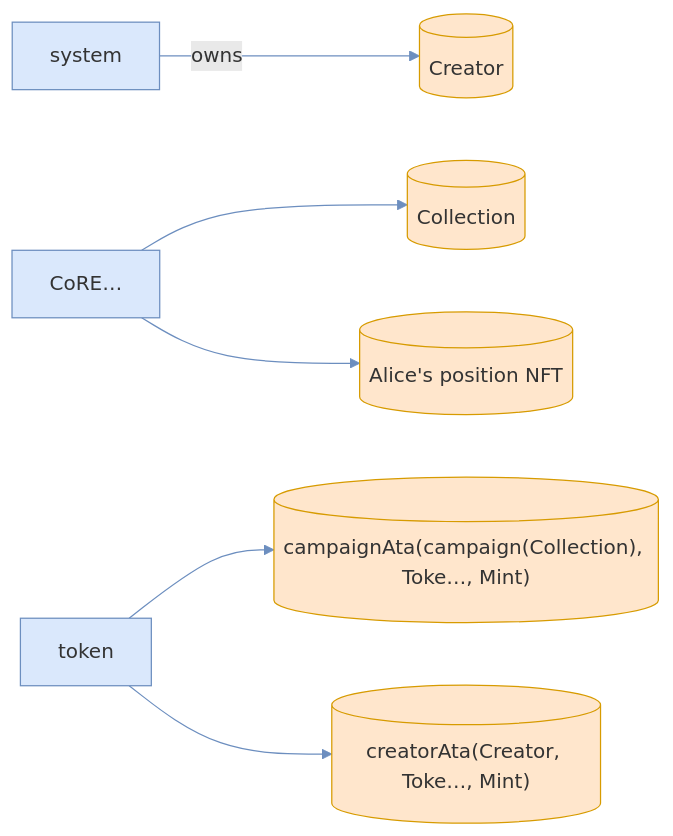
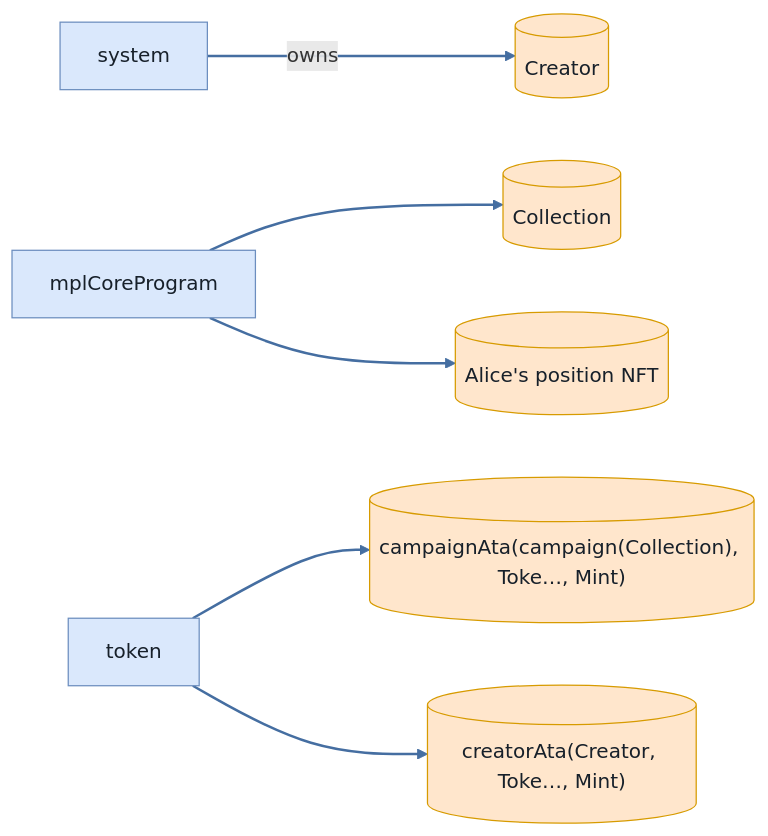
The ninth of 12 diagrams in babelfish-tests/test-report/vested_tokens_are_forfeited_past_the_grace_window.md (cds-turbin3/vesting-position), drawn with Mermaid before and after one commit. The commit also changed other lines of this file and 106 other files, not shown here.

````diff
--- a/babelfish-tests/test-report/vested_tokens_are_forfeited_past_the_grace_window.md
+++ b/babelfish-tests/test-report/vested_tokens_are_forfeited_past_the_grace_window.md
@@ -463,20 +461,20 @@
 ```mermaid
 flowchart LR
     system["system"]:::program
     Creator[("Creator")]:::state
-    CoRE["CoRE…"]:::program
+    mplCoreProgram["mplCoreProgram"]:::program
     Collection[("Collection")]:::state
     AlicespositionNFT[("Alice's position NFT")]:::state
     token["token"]:::program
     campaignAtacampaignCollectionTokeMint[("campaignAta(campaign(Collection), Toke…, Mint)")]:::state
     creatorAtaCreatorTokeMint[("creatorAta(Creator, Toke…, Mint)")]:::state
     system -->|owns| Creator
-    CoRE --> Collection
-    CoRE --> AlicespositionNFT
+    mplCoreProgram --> Collection
+    mplCoreProgram --> AlicespositionNFT
     token --> campaignAtacampaignCollectionTokeMint
     token --> creatorAtaCreatorTokeMint
-    classDef program fill:#dae8fc,stroke:#6c8ebf;
-    classDef signer fill:#d5e8d4,stroke:#82b366;
-    classDef state fill:#ffe6cc,stroke:#d79b00;
-    linkStyle 0,1,2,3,4 stroke:#6c8ebf
+    classDef program fill:#dae8fc,stroke:#6c8ebf,color:#17202a;
+    classDef signer fill:#d5e8d4,stroke:#82b366,color:#17202a;
+    classDef state fill:#ffe6cc,stroke:#d79b00,color:#17202a;
+    linkStyle 0,1,2,3,4 stroke:#456ea1,stroke-width:2px
 ```
````
